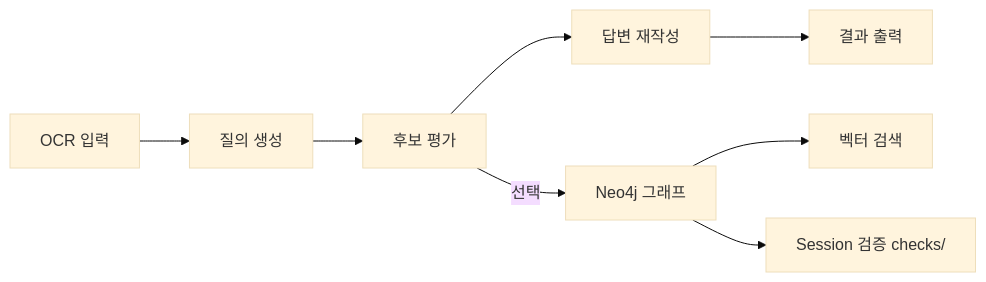
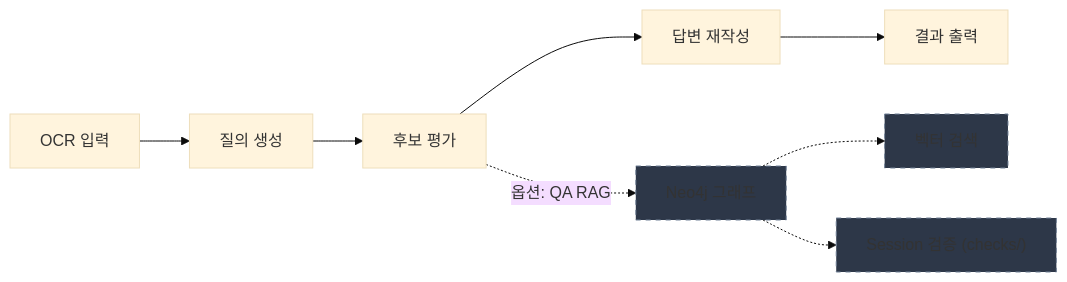
The diagram in README.md (hamtoy/Test), drawn with Mermaid (base theme) before and after one commit. The commit also changed other lines of this file, not shown here.

Commit message:
docs: Improve Mermaid diagram visual clarity
- Use dashed lines (-..->) for optional RAG path
- Change label from '선택' to '옵션: QA RAG' for clarity
- Add gray styling to RAG nodes with stroke-dasharray
- Update explanation to distinguish required vs optional flows
- Fix Session validation label to include (checks/)

````diff
--- a/README.md
+++ b/README.md
@@ -77,11 +77,15 @@
 ```mermaid
 flowchart LR
     A[OCR 입력] --> B[질의 생성]
     B --> C[후보 평가]
     C --> D[답변 재작성]
     D --> E[결과 출력]
 
-    C -->|선택| F[Neo4j 그래프]
-    F --> G[벡터 검색]
-    F --> H["Session 검증 checks/"]
+    C -.->|옵션: QA RAG| F[Neo4j 그래프]
+    F -.-> G[벡터 검색]
+    F -.-> H["Session 검증 (checks/)"]
+    
+    style F fill:#2d3748,stroke:#718096,stroke-dasharray: 5 5
+    style G fill:#2d3748,stroke:#718096,stroke-dasharray: 5 5
+    style H fill:#2d3748,stroke:#718096,stroke-dasharray: 5 5
 ```
````
